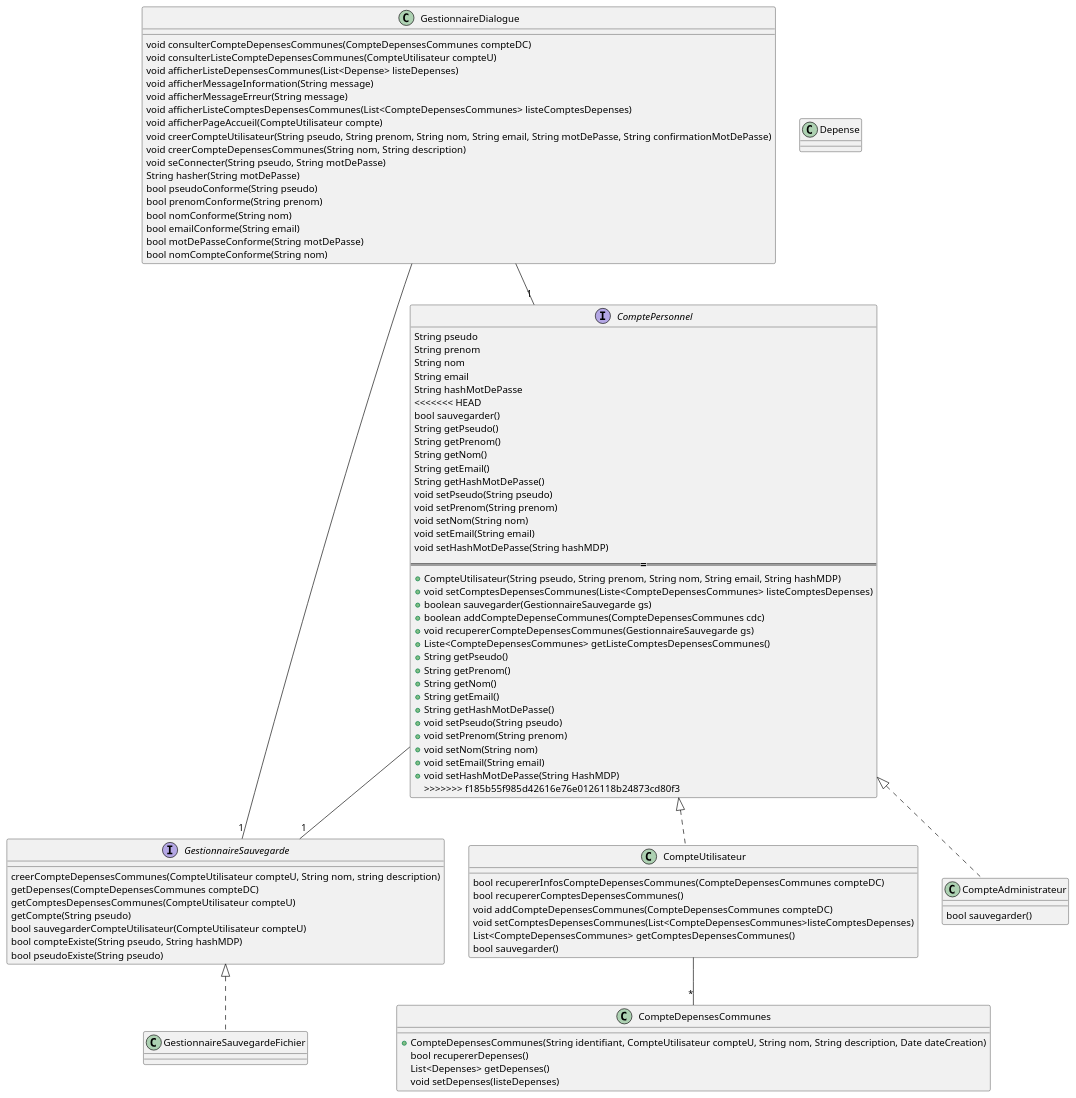
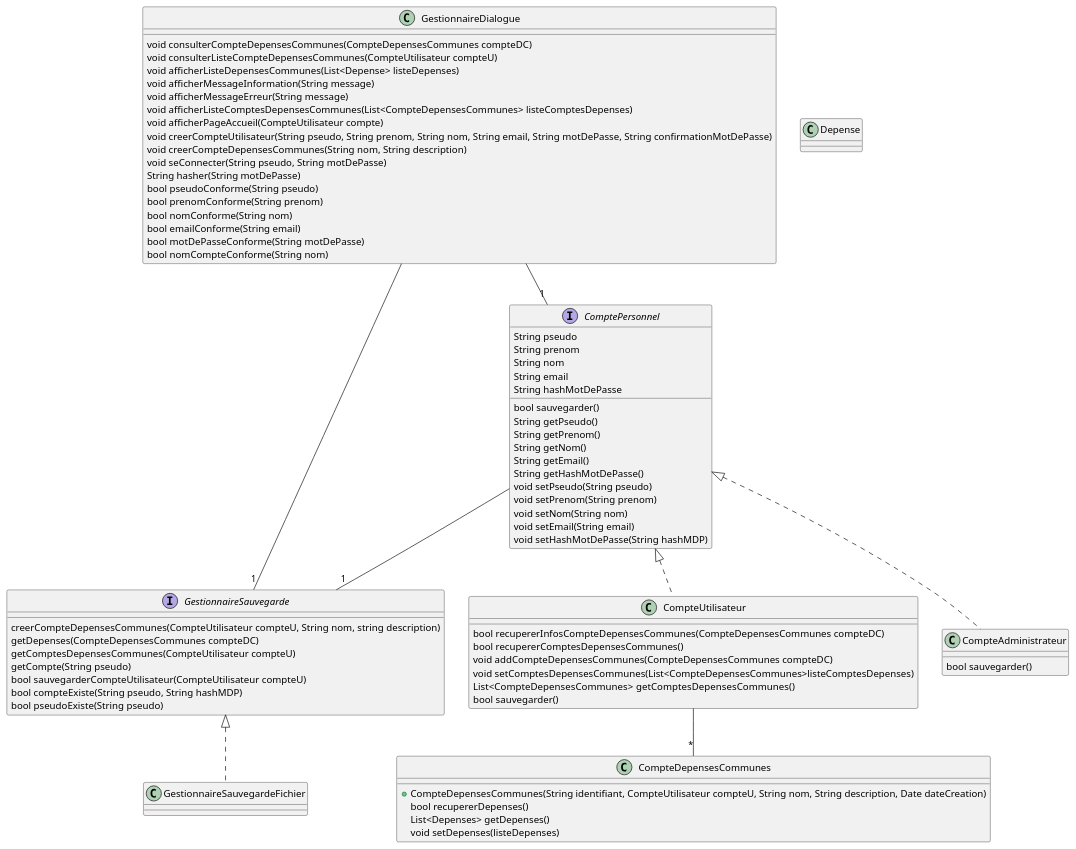
Before and after one commit to lmtb06/sharecount: the diagram in diagrammes/conception/classes.puml, drawn with PlantUML.

```diff
--- a/diagrammes/conception/classes.puml
+++ b/diagrammes/conception/classes.puml
@@ -1,104 +1,85 @@
 @startuml Classes
 
 	class GestionnaireDialogue {
 		void consulterCompteDepensesCommunes(CompteDepensesCommunes compteDC)
 		void consulterListeCompteDepensesCommunes(CompteUtilisateur compteU)
 		void afficherListeDepensesCommunes(List<Depense> listeDepenses)
 		void afficherMessageInformation(String message)
 		void afficherMessageErreur(String message)
 		void afficherListeComptesDepensesCommunes(List<CompteDepensesCommunes> listeComptesDepenses)
 		void afficherPageAccueil(CompteUtilisateur compte)
 		void creerCompteUtilisateur(String pseudo, String prenom, String nom, String email, String motDePasse, String confirmationMotDePasse)
 		void creerCompteDepensesCommunes(String nom, String description)
 		void seConnecter(String pseudo, String motDePasse)
 		String hasher(String motDePasse)
 		bool pseudoConforme(String pseudo)
 		bool prenomConforme(String prenom)
 		bool nomConforme(String nom)
 		bool emailConforme(String email)
 		bool motDePasseConforme(String motDePasse)
 		bool nomCompteConforme(String nom)
 	}
 	GestionnaireDialogue --"1" ComptePersonnel
 	GestionnaireDialogue --"1" GestionnaireSauvegarde
 
 	interface GestionnaireSauvegarde {
 		creerCompteDepensesCommunes(CompteUtilisateur compteU, String nom, string description)
 		getDepenses(CompteDepensesCommunes compteDC)
 		getComptesDepensesCommunes(CompteUtilisateur compteU)
 		getCompte(String pseudo)
 		bool sauvegarderCompteUtilisateur(CompteUtilisateur compteU)
 		bool compteExiste(String pseudo, String hashMDP)
 		bool pseudoExiste(String pseudo)
 	}
 
 	class GestionnaireSauvegardeFichier implements GestionnaireSauvegarde {
 
 	}
 
 	class CompteUtilisateur implements ComptePersonnel {
 		bool recupererInfosCompteDepensesCommunes(CompteDepensesCommunes compteDC)
 		bool recupererComptesDepensesCommunes()
 		void addCompteDepensesCommunes(CompteDepensesCommunes compteDC)
 		void setComptesDepensesCommunes(List<CompteDepensesCommunes>listeComptesDepenses)
 		List<CompteDepensesCommunes>  getComptesDepensesCommunes()
 		bool sauvegarder()
 	}
 	CompteUtilisateur --"*" CompteDepensesCommunes
 
 
 	class CompteAdministrateur implements ComptePersonnel {
 		bool sauvegarder()
 	}
 
 	interface ComptePersonnel {
 		String pseudo
 		String prenom
 		String nom
 		String email
 		String hashMotDePasse
-<<<<<<< HEAD
 		bool sauvegarder()
 		String getPseudo()
 		String getPrenom()
 		String getNom()
 		String getEmail()
 		String getHashMotDePasse()
 		void setPseudo(String pseudo)
 		void setPrenom(String prenom)
 		void setNom(String nom)
 		void setEmail(String email)
 		void setHashMotDePasse(String hashMDP)
-=======
-		+CompteUtilisateur(String pseudo, String prenom, String nom, String email, String hashMDP)
-		+void setComptesDepensesCommunes(Liste<CompteDepensesCommunes> listeComptesDepenses)
-		+boolean sauvegarder(GestionnaireSauvegarde gs)
-		+boolean addCompteDepenseCommunes(CompteDepensesCommunes cdc)
-		+void recupererCompteDepensesCommunes(GestionnaireSauvegarde gs)
-		+Liste<CompteDepensesCommunes> getListeComptesDepensesCommunes()
-		+String getPseudo()
-		+String getPrenom()
-		+String getNom()
-		+String getEmail()
-		+String getHashMotDePasse()
-		+void setPseudo(String pseudo)
-		+void setPrenom(String prenom)
-		+void setNom(String nom)
-		+void setEmail(String email)
-		+void setHashMotDePasse(String HashMDP)
->>>>>>> f185b55f985d42616e76e0126118b24873cd80f3
 	}
 	ComptePersonnel --"1" GestionnaireSauvegarde
 
 	class CompteDepensesCommunes {
 		+CompteDepensesCommunes(String identifiant, CompteUtilisateur compteU, String nom, String description, Date dateCreation)
 		bool recupererDepenses()
 		List<Depenses> getDepenses()
 		void setDepenses(listeDepenses)
 	}
 
 	class Depense {
 
 	}
 
 @enduml
```
